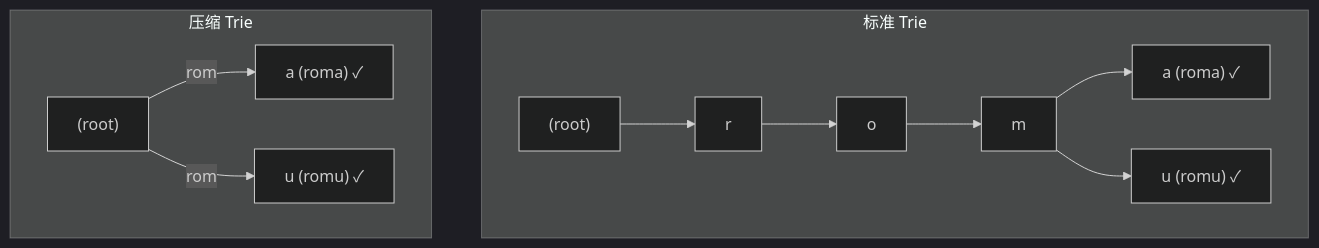
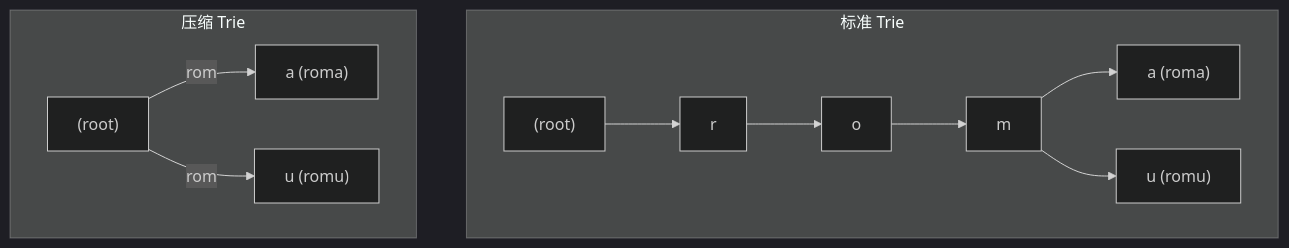
The second of 3 diagrams in 数据结构/L_字典树_Trie.md (missercatos/RootStack), drawn with Mermaid (dark theme) before and after one commit. The commit also changed other lines of this file and 605 other files, not shown here.

````diff
--- a/数据结构/L_字典树_Trie.md
+++ b/数据结构/L_字典树_Trie.md
@@ -76,14 +76,14 @@
 ```mermaid
 graph TD
-    subgraph "标准 Trie"
-        RT0["(root)"] --> RT1["r"]
-        RT1 --> RT2["o"]
-        RT2 --> RT3["m"]
-        RT3 --> RT4["a (roma) ✓"]
-        RT3 --> RT5["u (romu) ✓"]
-    end
-    subgraph "压缩 Trie"
-        CR0["(root)"] -->|"rom"| CR1["a (roma) ✓"]
-        CR0 -->|"rom"| CR2["u (romu) ✓"]
-    end
+ subgraph "标准 Trie"
+ RT0["(root)"] --> RT1["r"]
+ RT1 --> RT2["o"]
+ RT2 --> RT3["m"]
+ RT3 --> RT4["a (roma) "]
+ RT3 --> RT5["u (romu) "]
+ end
+ subgraph "压缩 Trie"
+ CR0["(root)"] -->|"rom"| CR1["a (roma) "]
+ CR0 -->|"rom"| CR2["u (romu) "]
+ end
 ```
````
